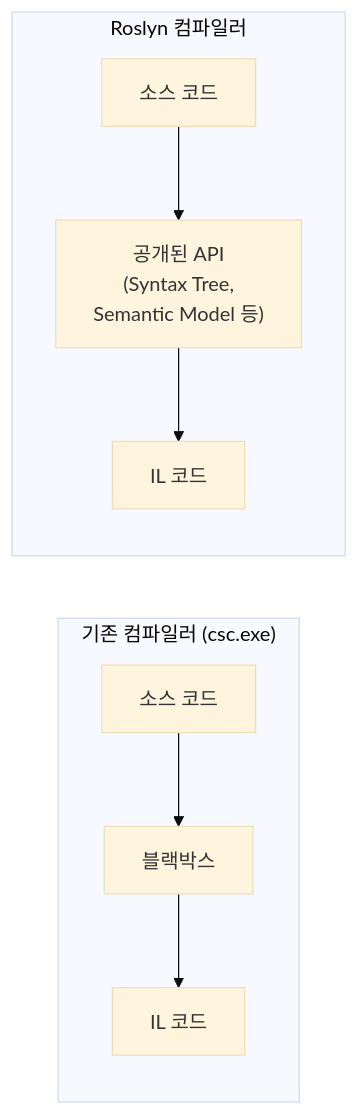
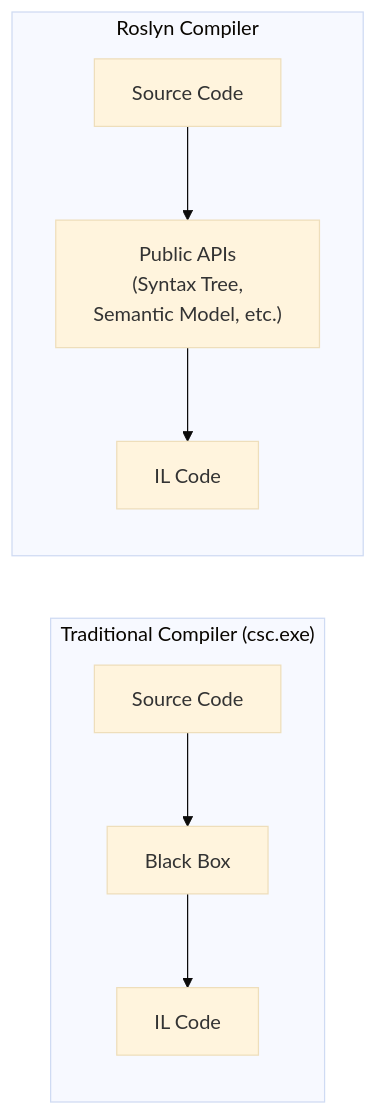
The first of 2 diagrams in Docs.Site/src/content/docs/tutorials/sourcegen-observability/part1-fundamentals/04-roslyn-architecture/index.md (hhko/Functorium), drawn with Mermaid (base theme) before and after one commit. The commit also changed other lines of this file and 18 other files, not shown here.

````diff
--- a/Docs.Site/src/content/docs/tutorials/sourcegen-observability/part1-fundamentals/04-roslyn-architecture/index.md
+++ b/Docs.Site/src/content/docs/tutorials/sourcegen-observability/part1-fundamentals/04-roslyn-architecture/index.md
@@ -27,10 +27,10 @@
 ```mermaid
 flowchart LR
-  subgraph Old["기존 컴파일러 (csc.exe)"]
-    O_Src["소스 코드"] --> O_BB["블랙박스"] --> O_IL["IL 코드"]
+  subgraph Old["Traditional Compiler (csc.exe)"]
+    O_Src["Source Code"] --> O_BB["Black Box"] --> O_IL["IL Code"]
   end
 
-  subgraph Roslyn["Roslyn 컴파일러"]
-    R_Src["소스 코드"] --> R_API["공개된 API<br/>(Syntax Tree,<br/>Semantic Model 등)"] --> R_IL["IL 코드"]
+  subgraph Roslyn["Roslyn Compiler"]
+    R_Src["Source Code"] --> R_API["Public APIs<br/>(Syntax Tree,<br/>Semantic Model, etc.)"] --> R_IL["IL Code"]
   end
 ```
````
